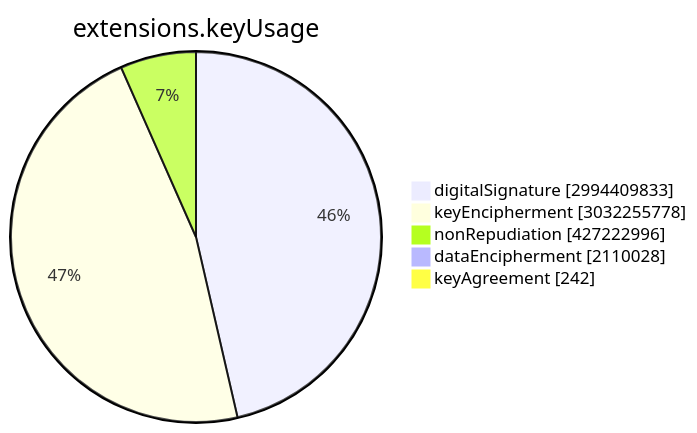
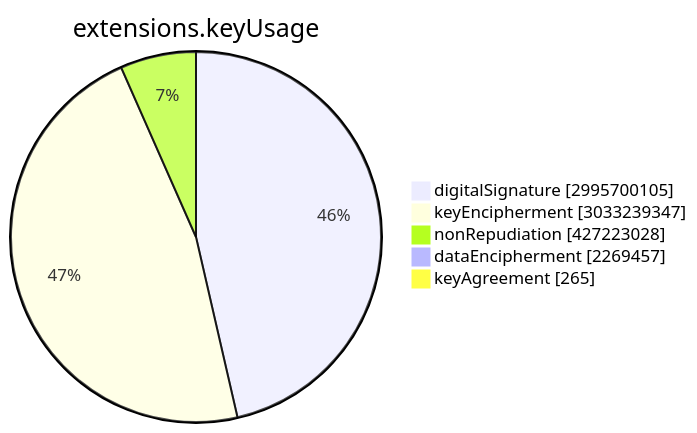
Before and after one commit to christiankrug/ctmonitor_visualization: the sixth of 15 diagrams in TOTAL/README.md, drawn with Mermaid. The commit also changed other lines of this file, not shown here.

````diff
--- a/TOTAL/README.md
+++ b/TOTAL/README.md
@@ -3071,9 +3071,9 @@
 ```mermaid
 pie showData
 title extensions.keyUsage
-"digitalSignature" :2994409833
-"keyEncipherment" :3032255778
-"nonRepudiation" :427222996
-"dataEncipherment" :2110028
-"keyAgreement" :242
+"digitalSignature" :2995700105
+"keyEncipherment" :3033239347
+"nonRepudiation" :427223028
+"dataEncipherment" :2269457
+"keyAgreement" :265
 ```
````
